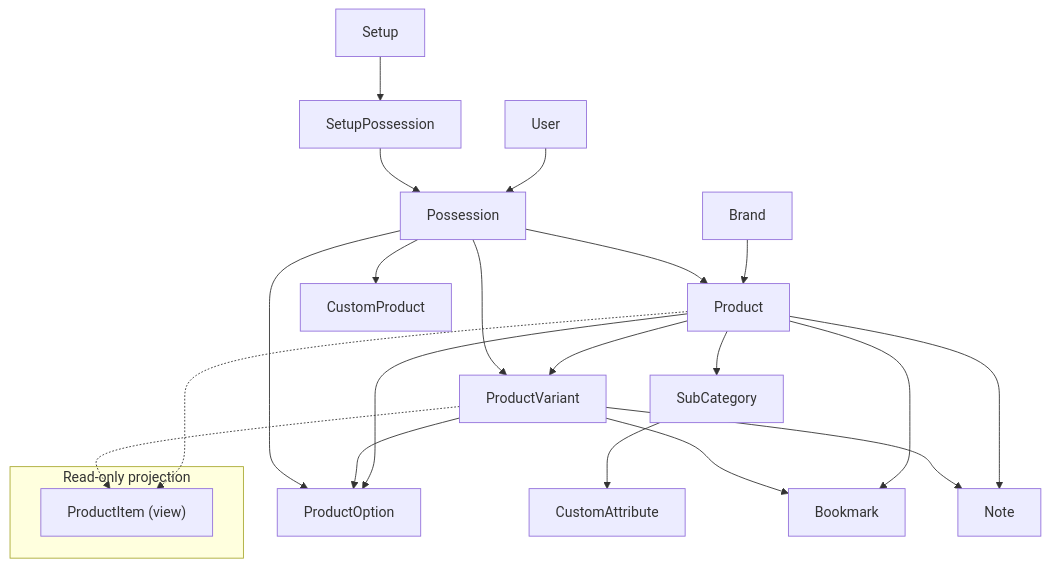
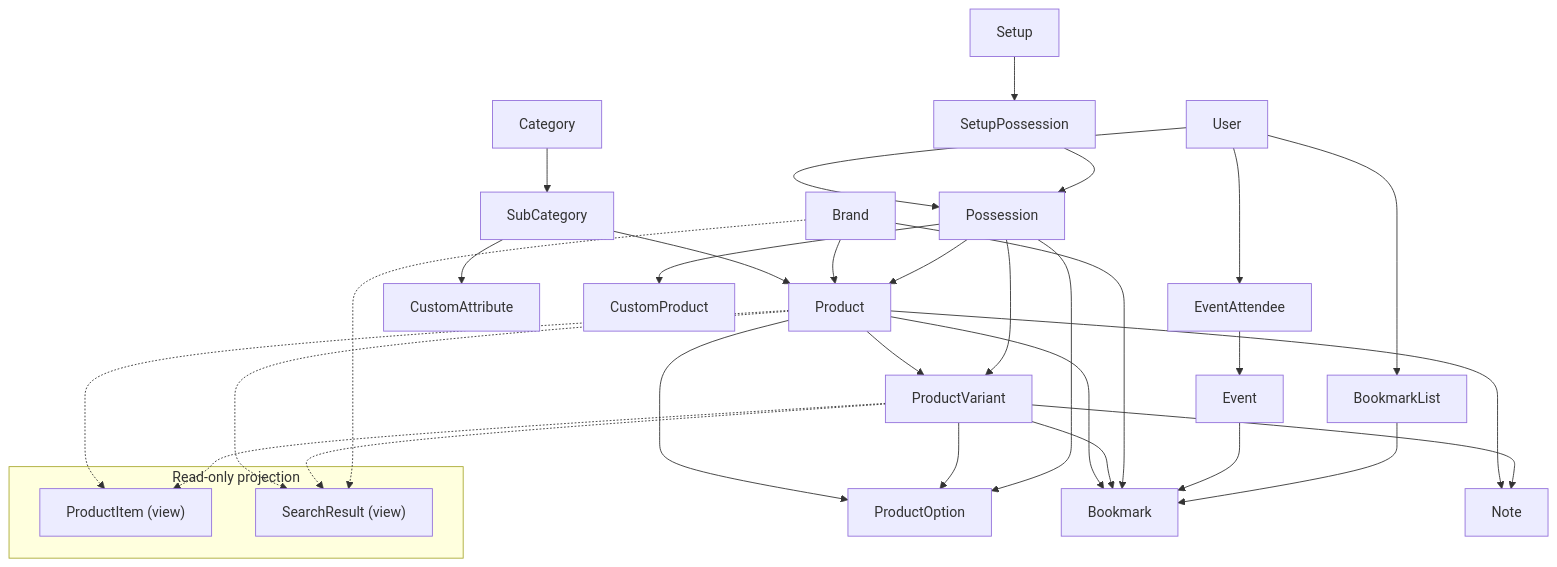
The diagram in README.md (mgrsskls/hifilog), drawn with Mermaid before and after one commit. The commit also changed other lines of this file and 1 other file, not shown here.

````diff
--- a/README.md
+++ b/README.md
@@ -11,24 +13,34 @@
 ```mermaid
 flowchart TB
+  Category --> SubCategory
+  SubCategory --> Product
+  SubCategory --> CustomAttribute
   Brand --> Product
   Product --> ProductVariant
   Product --> ProductOption
   ProductVariant --> ProductOption
-  SubCategory --> CustomAttribute
-  Product --> SubCategory
   User --> Possession
   Possession --> Product
   Possession --> ProductVariant
   Possession --> CustomProduct
   Possession --> ProductOption
   Product --> Bookmark
   ProductVariant --> Bookmark
+  Brand --> Bookmark
+  Event --> Bookmark
+  User --> BookmarkList
+  BookmarkList --> Bookmark
   Setup --> SetupPossession --> Possession
   Product --> Note
   ProductVariant --> Note
+  User --> EventAttendee --> Event
   subgraph readonly [Read-only projection]
     ProductItem["ProductItem (view)"]
+    SearchResult["SearchResult (view)"]
   end
   Product -.-> ProductItem
   ProductVariant -.-> ProductItem
+  Product -.-> SearchResult
+  ProductVariant -.-> SearchResult
+  Brand -.-> SearchResult
 ```
````
